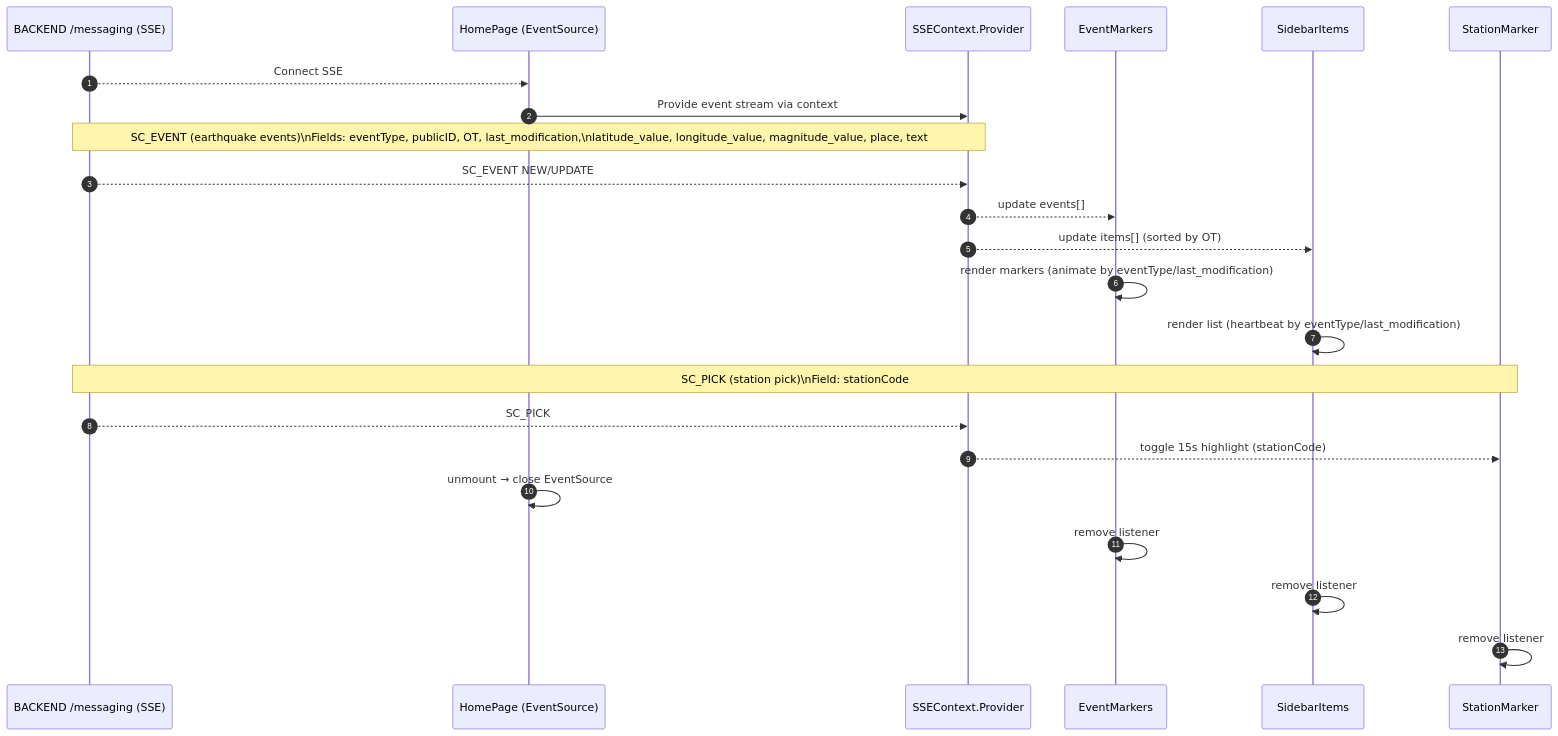
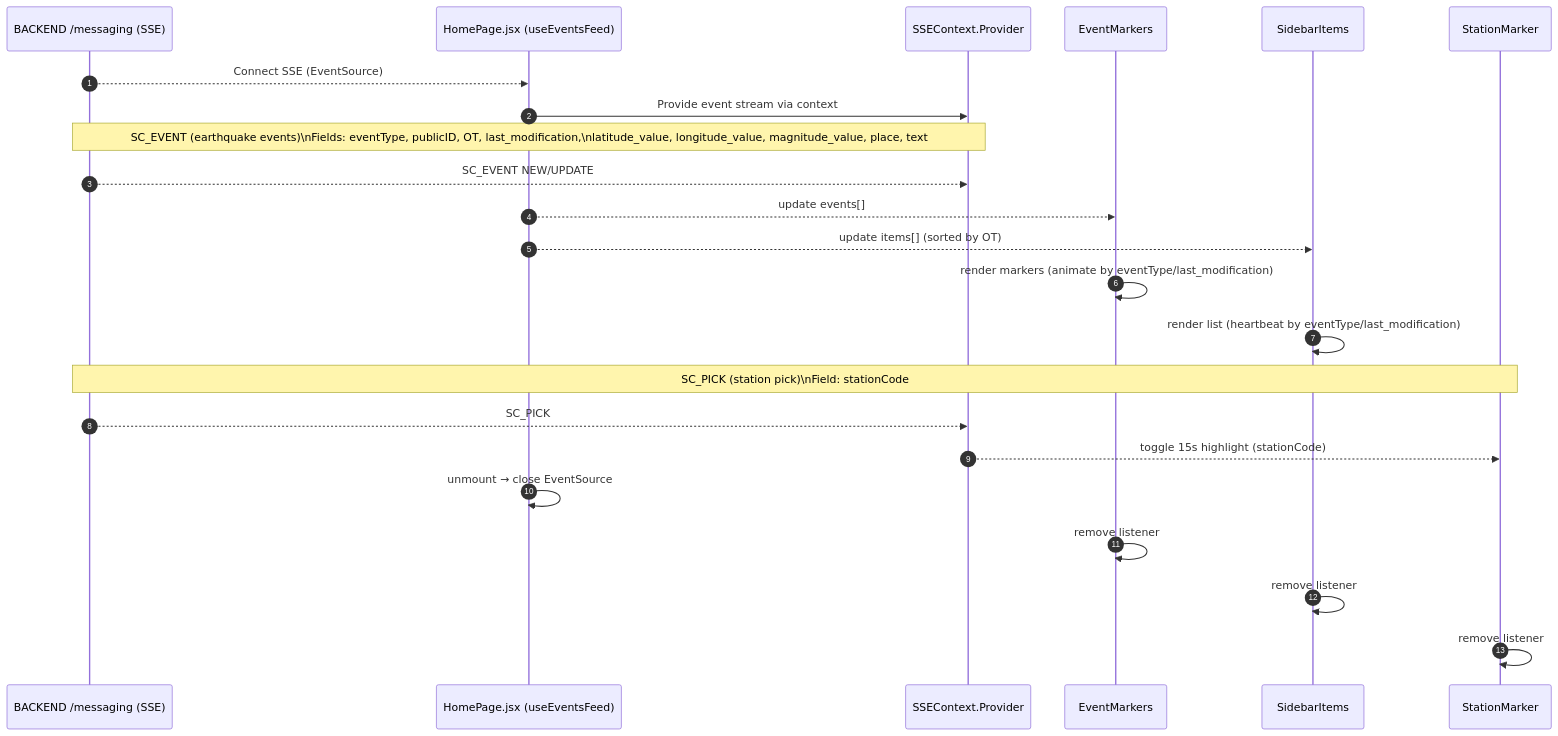
One commit to UPRI-earthquake/earthquake-hub-frontend changed the diagram in docs/LIVE_EVENT_FLOW.md. Above: the diagram before and after it, drawn with Mermaid. The commit also changed other lines of this file and 5 other files, not shown here.

Commit message:
docs: refresh API map, component map, live flow, and features design

````diff
--- a/docs/LIVE_EVENT_FLOW.md
+++ b/docs/LIVE_EVENT_FLOW.md
@@ -3,29 +3,29 @@
 ```mermaid
 sequenceDiagram
   autonumber
   participant Backend as BACKEND /messaging (SSE)
-  participant HomePage as HomePage (EventSource)
+  participant HomePage as HomePage.jsx (useEventsFeed)
   participant SSE as SSEContext.Provider
   participant EventMarkers
   participant SidebarItems
   participant StationMarker
 
-  Backend-->>HomePage: Connect SSE
+  Backend-->>HomePage: Connect SSE (EventSource)
   HomePage->>SSE: Provide event stream via context
 
   Note over Backend,SSE: SC_EVENT (earthquake events)\nFields: eventType, publicID, OT, last_modification,\nlatitude_value, longitude_value, magnitude_value, place, text
   Backend-->>SSE: SC_EVENT NEW/UPDATE
-  SSE-->>EventMarkers: update events[]
-  SSE-->>SidebarItems: update items[] (sorted by OT)
+  HomePage-->>EventMarkers: update events[]
+  HomePage-->>SidebarItems: update items[] (sorted by OT)
   EventMarkers->>EventMarkers: render markers (animate by eventType/last_modification)
   SidebarItems->>SidebarItems: render list (heartbeat by eventType/last_modification)
 
   Note over Backend,StationMarker: SC_PICK (station pick)\nField: stationCode
   Backend-->>SSE: SC_PICK
   SSE-->>StationMarker: toggle 15s highlight (stationCode)
 
   HomePage->>HomePage: unmount → close EventSource
   EventMarkers->>EventMarkers: remove listener
   SidebarItems->>SidebarItems: remove listener
   StationMarker->>StationMarker: remove listener
 ```
````
